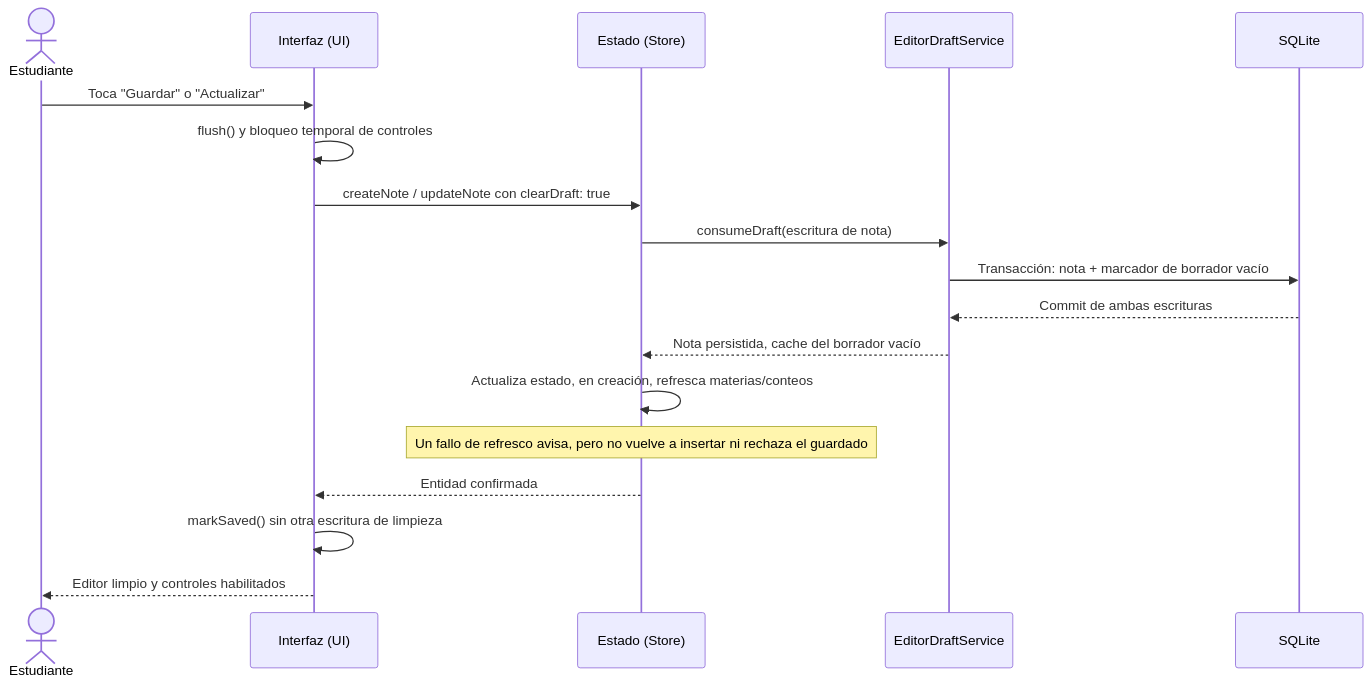
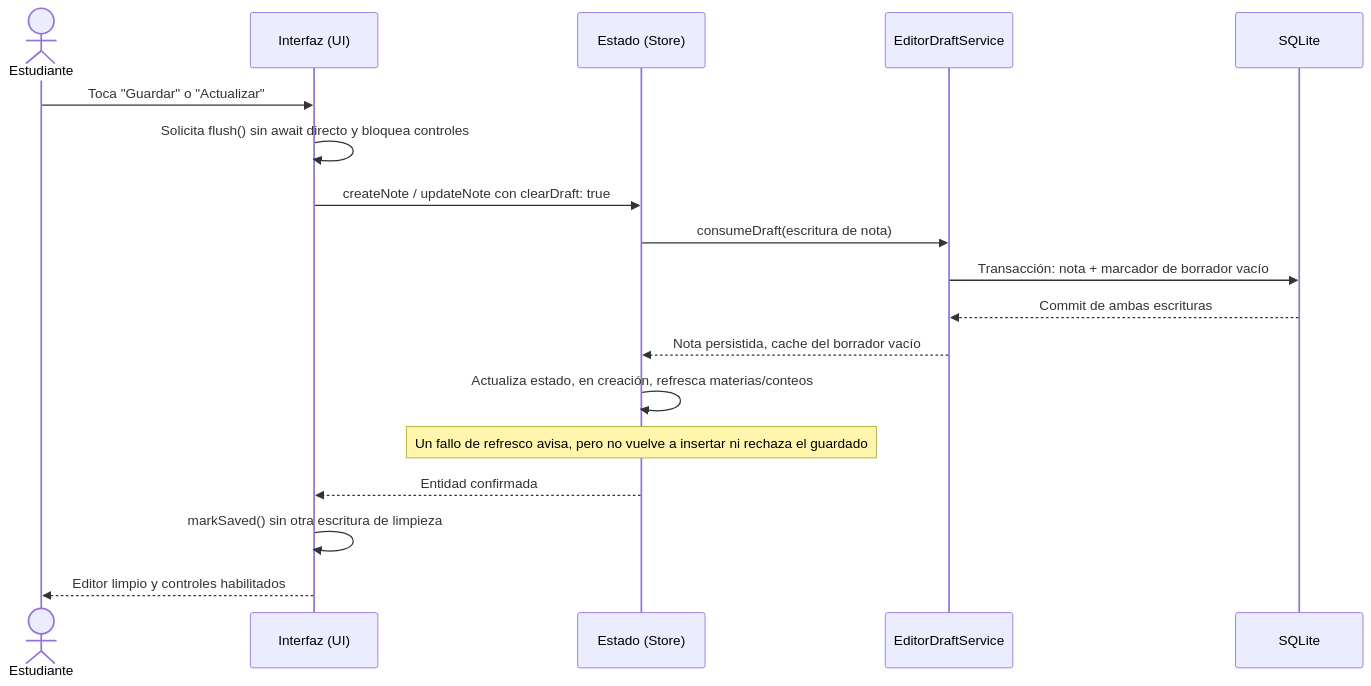
One commit to jdfesa/lumapse changed the third of 6 diagrams in docs/diagramas/secuencia-crear-nota.md. Above: the diagram before and after it, drawn with Mermaid. The commit also changed other lines of this file and 14 other files, not shown here.

Commit message:
docs: align report diagrams with the frozen client

````diff
--- a/docs/diagramas/secuencia-crear-nota.md
+++ b/docs/diagramas/secuencia-crear-nota.md
@@ -74,21 +75,21 @@
 ```mermaid
 sequenceDiagram
     actor EST as Estudiante
     participant UI as Interfaz (UI)
     participant STORE as Estado (Store)
     participant DRAFT as EditorDraftService
     participant DB as SQLite
 
     EST ->> UI: Toca "Guardar" o "Actualizar"
-    UI ->> UI: flush() y bloqueo temporal de controles
+    UI ->> UI: Solicita flush() sin await directo y bloquea controles
     UI ->> STORE: createNote / updateNote con clearDraft: true
     STORE ->> DRAFT: consumeDraft(escritura de nota)
     DRAFT ->> DB: Transacción: nota + marcador de borrador vacío
     DB -->> DRAFT: Commit de ambas escrituras
     DRAFT -->> STORE: Nota persistida, cache del borrador vacío
     STORE ->> STORE: Actualiza estado, en creación, refresca materias/conteos
     Note over STORE: Un fallo de refresco avisa, pero no vuelve a insertar ni rechaza el guardado
     STORE -->> UI: Entidad confirmada
     UI ->> UI: markSaved() sin otra escritura de limpieza
     UI -->> EST: Editor limpio y controles habilitados
 ```
````
